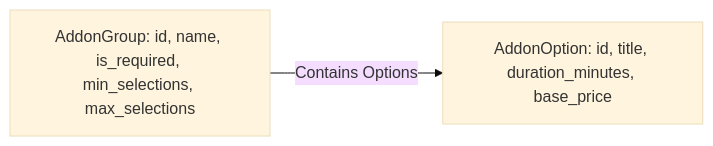
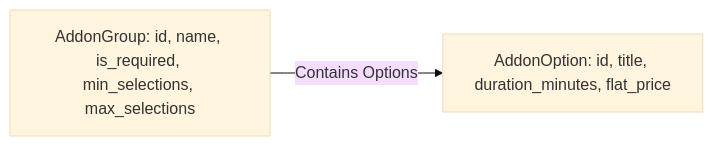
Before and after one commit to fsdevriver/800-doc: the second of 2 diagrams in docs/business/catalog-pricing.md, drawn with Mermaid (base theme). The commit also changed other lines of this file and 3 other files, not shown here.

Commit message:
feat: streamline ordering system (service-first, car-type base pricing, flat add-ons)

````diff
--- a/docs/business/catalog-pricing.md
+++ b/docs/business/catalog-pricing.md
@@ -42,7 +45,7 @@
 ```mermaid
 graph LR
     AG["AddonGroup: id, name, is_required, min_selections, max_selections"]
-    AO["AddonOption: id, title, duration_minutes, base_price"]
+    AO["AddonOption: id, title, duration_minutes, flat_price"]
 
     AG -->|Contains Options| AO
 ```
````
